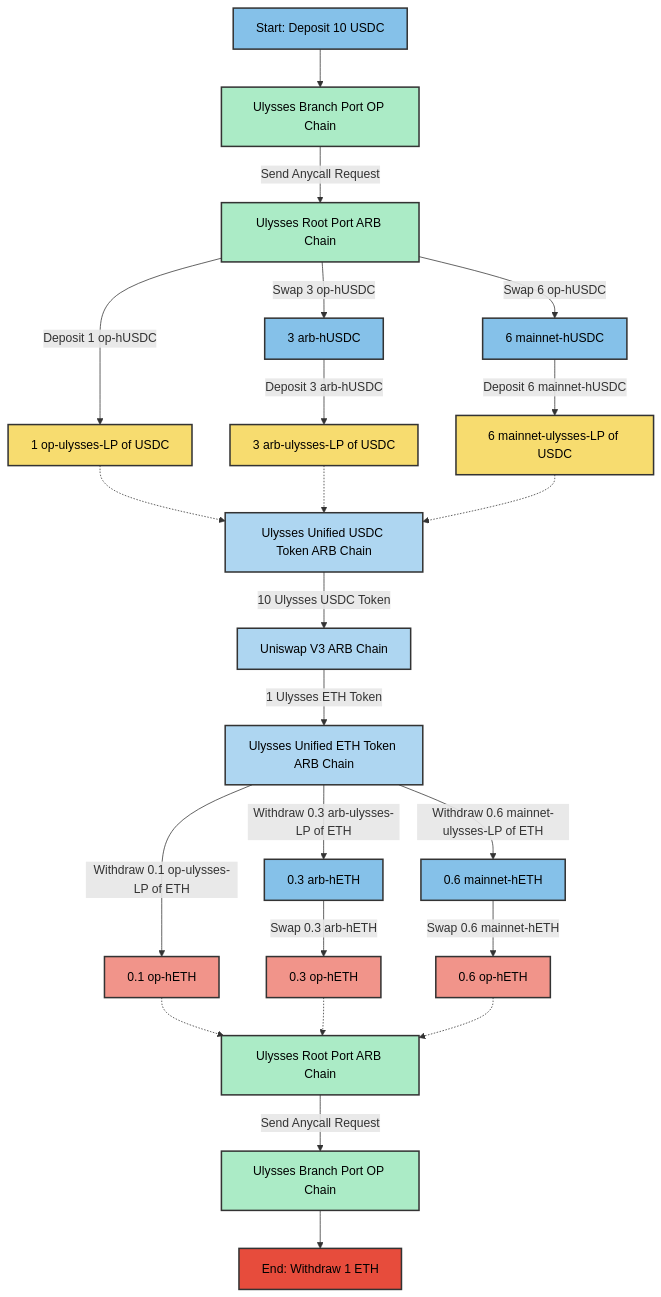
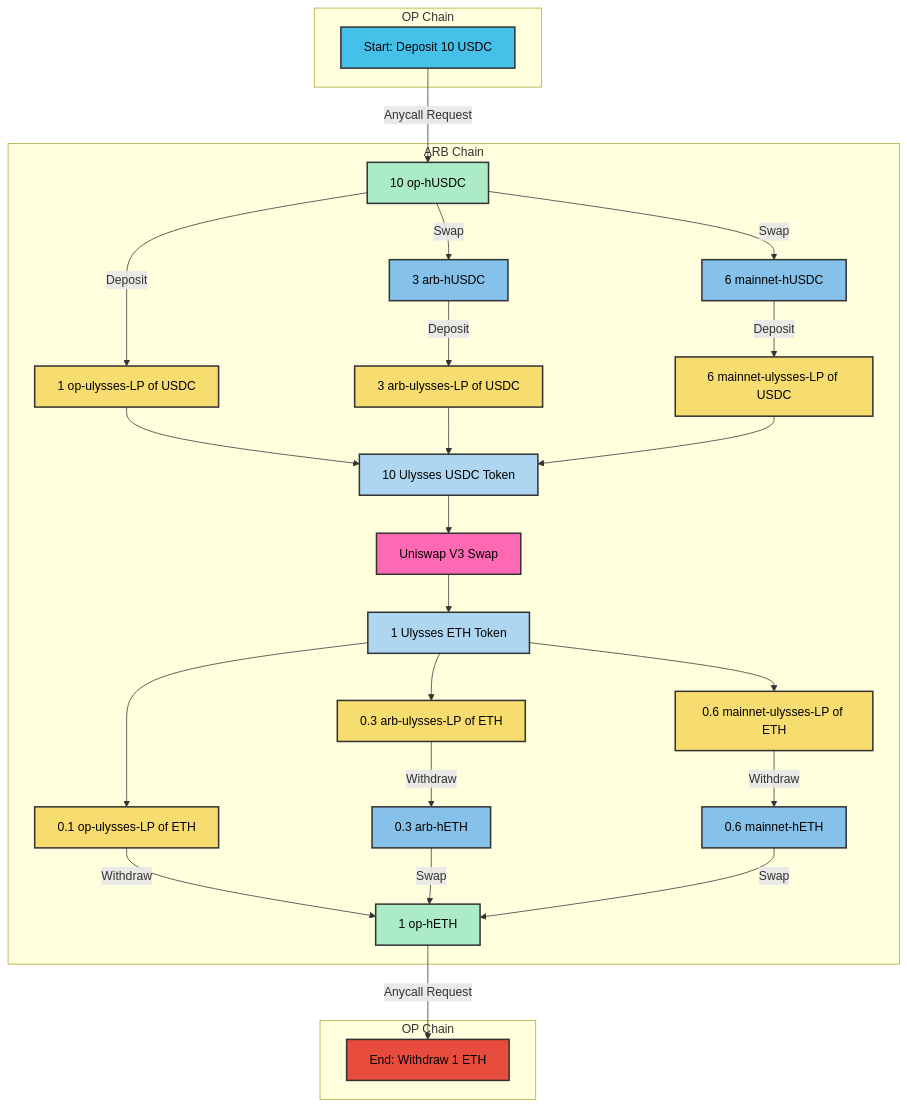
Before and after one commit to Maia-DAO/ecosystem-docs: the first of 3 diagrams in versioned_docs/version-Ulysses/overview/unified-liquidity/02-ulysses-unified-tokens.md, drawn with Mermaid. The commit also changed other lines of this file, not shown here.

Commit message:
Improve mermaid graph

````diff
--- a/versioned_docs/version-Ulysses/overview/unified-liquidity/02-ulysses-unified-tokens.md
+++ b/versioned_docs/version-Ulysses/overview/unified-liquidity/02-ulysses-unified-tokens.md
@@ -84,45 +84,50 @@
 ```mermaid
 graph TD
-    style A fill:#85C1E9,stroke:#333,stroke-width:2px,color:#000;
-    style B fill:#ABEBC6,stroke:#333,stroke-width:2px,color:#000;
+    style A fill:#45C1E9,stroke:#333,stroke-width:2px,color:#000;
     style C fill:#ABEBC6,stroke:#333,stroke-width:2px,color:#000;
     style E fill:#F7DC6F,stroke:#333,stroke-width:2px,color:#000;
     style G fill:#F7DC6F,stroke:#333,stroke-width:2px,color:#000;
     style I fill:#F7DC6F,stroke:#333,stroke-width:2px,color:#000;
     style F1 fill:#85C1E9,stroke:#333,stroke-width:2px,color:#000;
     style H1 fill:#85C1E9,stroke:#333,stroke-width:2px,color:#000;
-    style R1 fill:#85C1E9,stroke:#333,stroke-width:2px,color:#000;
-    style R2 fill:#85C1E9,stroke:#333,stroke-width:2px,color:#000;
     style J fill:#AED6F1,stroke:#333,stroke-width:2px,color:#000;
-    style L fill:#AED6F1,stroke:#333,stroke-width:2px,color:#000;
+    style L fill:#FF69B4,stroke:#333,stroke-width:2px,color:#000;
     style M fill:#AED6F1,stroke:#333,stroke-width:2px,color:#000;
-    style R4 fill:#F1948A,stroke:#333,stroke-width:2px,color:#000;
-    style R5 fill:#F1948A,stroke:#333,stroke-width:2px,color:#000;
-    style R6 fill:#F1948A,stroke:#333,stroke-width:2px,color:#000;
-    style Q fill:#ABEBC6,stroke:#333,stroke-width:2px,color:#000;
-    style T fill:#ABEBC6,stroke:#333,stroke-width:2px,color:#000;
+    style Q2 fill:#85C1E9,stroke:#333,stroke-width:2px,color:#000;
+    style Q3 fill:#85C1E9,stroke:#333,stroke-width:2px,color:#000;
+    style R1 fill:#F7DC6F,stroke:#333,stroke-width:2px,color:#000;
+    style R2 fill:#F7DC6F,stroke:#333,stroke-width:2px,color:#000;
+    style R3 fill:#F7DC6F,stroke:#333,stroke-width:2px,color:#000;
+    style S fill:#ABEBC6,stroke:#333,stroke-width:2px,color:#000;
     style V fill:#E74C3C,stroke:#333,stroke-width:2px,color:#000;
-    A[Start: Deposit 10 USDC]
-    A --> B[Ulysses Branch Port OP Chain]
-    B -->|Send Anycall Request| C[Ulysses Root Port ARB Chain]
-    C -->|Deposit 1 op-hUSDC| E[1 op-ulysses-LP of USDC]
-    F1[3 arb-hUSDC] -->|Deposit 3 arb-hUSDC| G[3 arb-ulysses-LP of USDC]
-    H1[6 mainnet-hUSDC] -->|Deposit 6 mainnet-hUSDC| I[6 mainnet-ulysses-LP of USDC]
-    C -->|Swap 3 op-hUSDC| F1
-    C -->|Swap 6 op-hUSDC| H1
-    E -.-> J[Ulysses Unified USDC Token ARB Chain]
-    G -.-> J
-    I -.-> J
-    J -->|10 Ulysses USDC Token| L[Uniswap V3 ARB Chain]
-    L -->|1 Ulysses ETH Token| M[Ulysses Unified ETH Token ARB Chain]
-    M -->|Withdraw 0.1 op-ulysses-LP of ETH| R4[0.1 op-hETH]
-    M -->|Withdraw 0.3 arb-ulysses-LP of ETH| R1[0.3 arb-hETH]
-    M -->|Withdraw 0.6 mainnet-ulysses-LP of ETH| R2[0.6 mainnet-hETH]
-    R1 -->|Swap 0.3 arb-hETH| R5[0.3 op-hETH]
-    R2 -->|Swap 0.6 mainnet-hETH| R6[0.6 op-hETH]
-    R4 -.-> Q[Ulysses Root Port ARB Chain]
-    R5 -.-> Q
-    R6 -.-> Q
-    Q -->|Send Anycall Request| T[Ulysses Branch Port OP Chain]
-    T -->  V[End: Withdraw 1 ETH]
+
+    subgraph OP Chain
+        A[Start: Deposit 10 USDC]
+    end
+
+    subgraph ARB Chain
+        A -->|Anycall Request| C[10 op-hUSDC]
+        C -->|Deposit| E[1 op-ulysses-LP of USDC]
+        F1[3 arb-hUSDC] -->|Deposit| G[3 arb-ulysses-LP of USDC]
+        H1[6 mainnet-hUSDC] -->|Deposit| I[6 mainnet-ulysses-LP of USDC]
+        C -->|Swap| F1
+        C -->|Swap| H1
+        E --> J[10 Ulysses USDC Token]
+        G --> J
+        I --> J
+        J --> L[Uniswap V3 Swap]
+        L --> M[1 Ulysses ETH Token]
+        M --> R1[0.1 op-ulysses-LP of ETH]
+        M --> R2[0.3 arb-ulysses-LP of ETH]
+        M --> R3[0.6 mainnet-ulysses-LP of ETH]
+        R2 -->|Withdraw| Q2[0.3 arb-hETH]
+        R3 -->|Withdraw| Q3[0.6 mainnet-hETH]
+        R1 --> |Withdraw| S[1 op-hETH]
+        Q2 -->|Swap| S
+        Q3 -->|Swap| S
+    end
+
+    subgraph OP Chain
+    S -->|Anycall Request| V[End: Withdraw 1 ETH]
+    end
 ```
````
